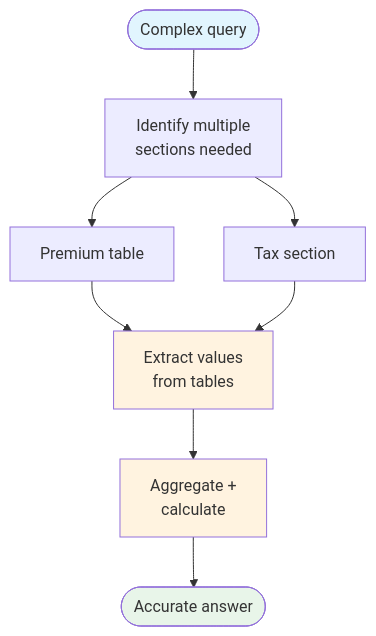
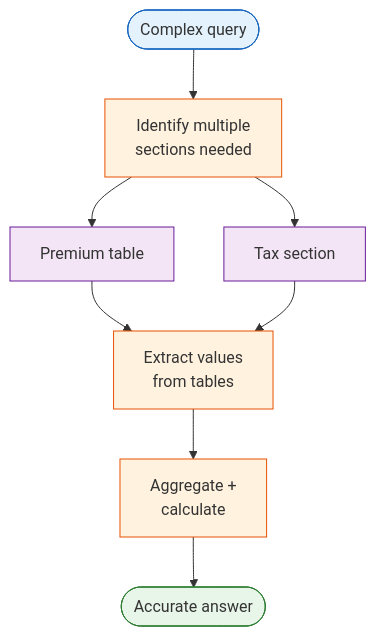
One commit to AyushSinghRana15/Vectorless-RAG changed the sixth of 6 diagrams in lab2/lab2_vectorless_rag_advanced.md. Above: the diagram before and after it, drawn with Mermaid. The commit also changed other lines of this file and 1 other file, not shown here.

Commit message:
Standardize Mermaid diagram colors across both labs

````diff
--- a/lab2/lab2_vectorless_rag_advanced.md
+++ b/lab2/lab2_vectorless_rag_advanced.md
@@ -459,14 +466,17 @@
 ```mermaid
 flowchart TD
     A(["Complex query"]) --> B["Identify multiple\nsections needed"]
     B --> C["Premium table"]
     B --> D["Tax section"]
     C --> E["Extract values\nfrom tables"]
     D --> E
     E --> F["Aggregate +\ncalculate"]
     F --> G(["Accurate answer"])
-    style A fill:#e1f5fe
-    style G fill:#e8f5e9
-    style E fill:#fff3e0
-    style F fill:#fff3e0
+    style A fill:#e3f2fd,stroke:#1565c0
+    style G fill:#e8f5e9,stroke:#2e7d32
+    style B fill:#fff3e0,stroke:#e65100
+    style E fill:#fff3e0,stroke:#e65100
+    style F fill:#fff3e0,stroke:#e65100
+    style C fill:#f3e5f5,stroke:#6a1b9a
+    style D fill:#f3e5f5,stroke:#6a1b9a
 ```
````
